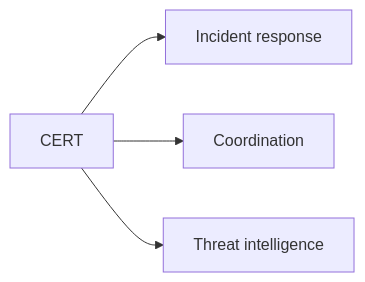
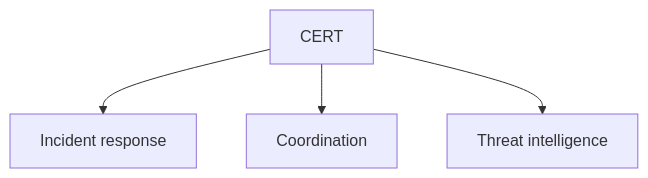
The eighth of 42 diagrams in docs/glossaire/cybersecurite.md (zyrass/omnydocs), drawn with Mermaid before and after one commit. The commit also changed other lines of this file and 1780 other files, not shown here.

````diff
--- a/docs/glossaire/cybersecurite.md
+++ b/docs/glossaire/cybersecurite.md
@@ -167,6 +201,6 @@
-    ```mermaid
-    graph LR
-        A[CERT] --> B[Incident response]
-        A --> C[Coordination]
-        A --> D[Threat intelligence]
-    ```
+```mermaid
+graph TB
+    A[CERT] --> B[Incident response]
+    A --> C[Coordination]
+    A --> D[Threat intelligence]
+```
````
